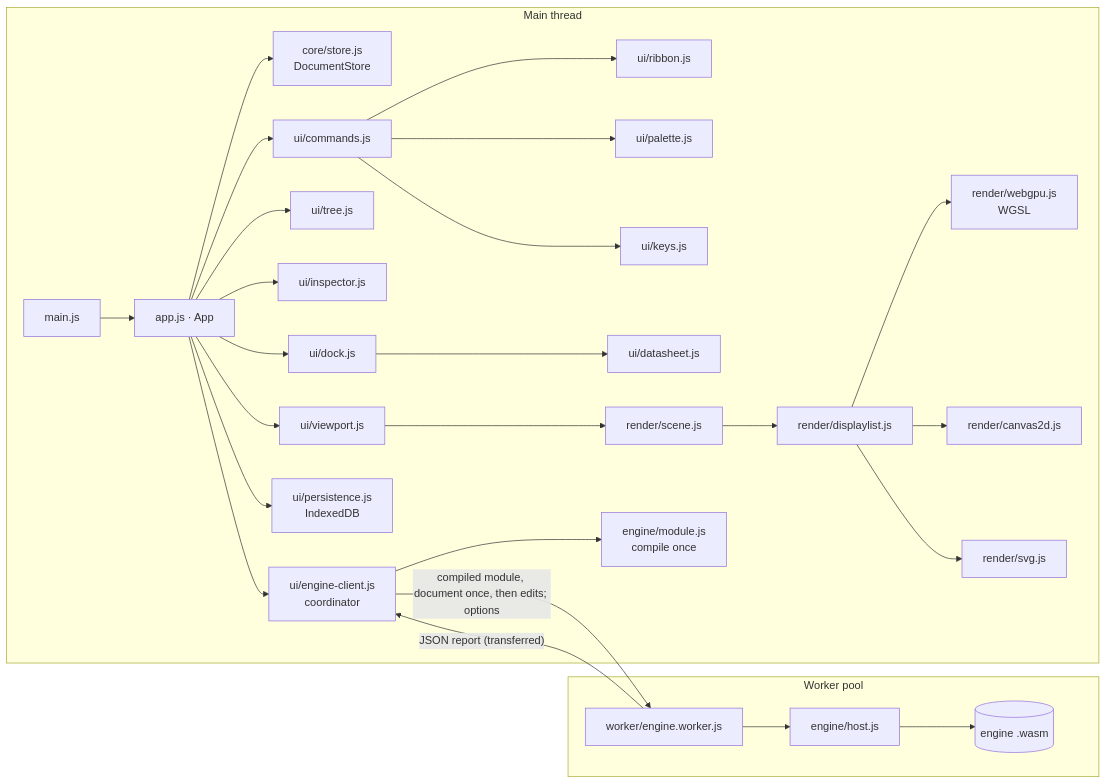
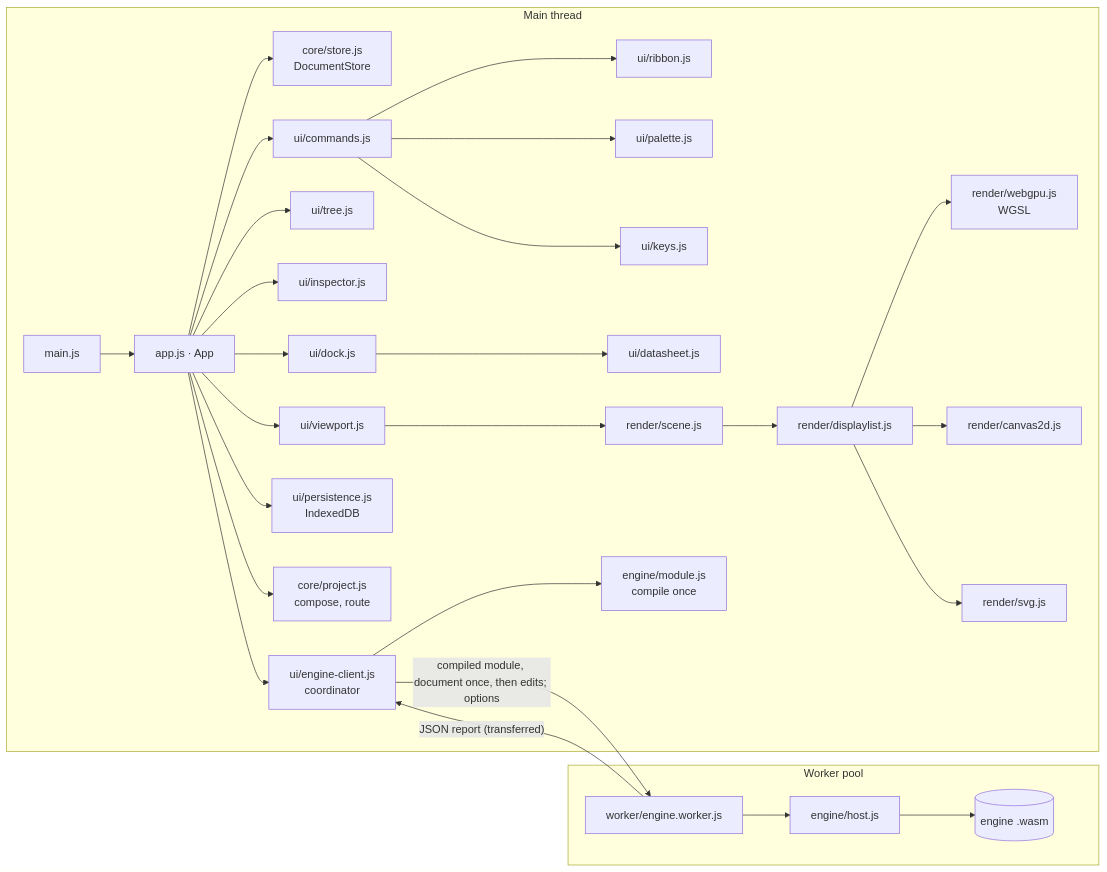
One commit to swiftugandan/powerstudio changed the diagram in docs/ARCHITECTURE.md. Above: the diagram before and after it, drawn with Mermaid. The commit also changed other lines of this file and 10 other files, not shown here.

````diff
--- a/docs/ARCHITECTURE.md
+++ b/docs/ARCHITECTURE.md
@@ -10,22 +10,22 @@
 ```mermaid
 flowchart LR
   subgraph UI["Main thread"]
     main[main.js] --> app[app.js · App]
     app --> store[core/store.js<br>DocumentStore]
     app --> cmds[ui/commands.js]
     cmds --> ribbon[ui/ribbon.js] & palette[ui/palette.js] & keys[ui/keys.js]
     app --> tree[ui/tree.js] & insp[ui/inspector.js] & dock[ui/dock.js]
     dock --> sheet[ui/datasheet.js]
     app --> vp[ui/viewport.js]
     vp --> scene[render/scene.js] --> dl[render/displaylist.js]
     dl --> gpu[render/webgpu.js<br>WGSL] & c2d[render/canvas2d.js] & svg[render/svg.js]
-    app --> lib[ui/persistence.js<br>IndexedDB]
+    app --> lib[ui/persistence.js<br>IndexedDB] & proj[core/project.js<br>compose, route]
     app --> client[ui/engine-client.js<br>coordinator]
     client --> mod[engine/module.js<br>compile once]
   end
   subgraph P["Worker pool"]
     wk[worker/engine.worker.js] --> host[engine/host.js] --> wasm[(engine .wasm)]
   end
   client -- "compiled module, document once, then edits; options" --> wk
   wk -- "JSON report (transferred)" --> client
 ```
````
